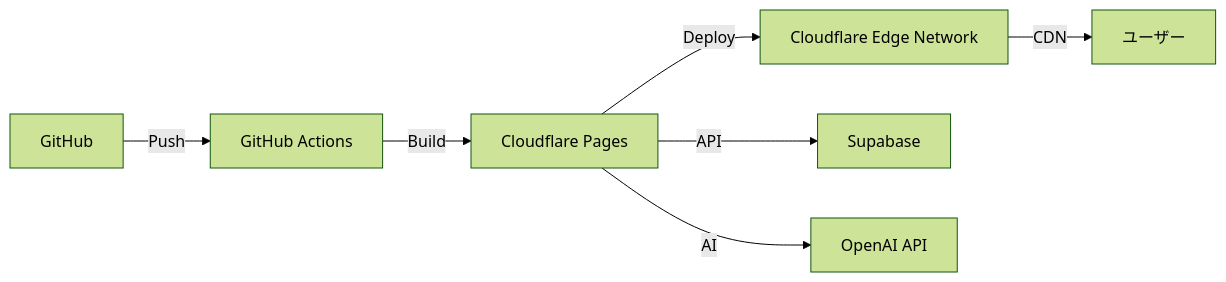
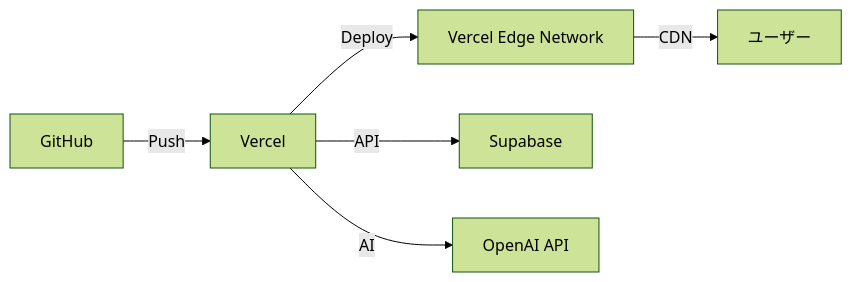
One commit to mshrynzw/auriary changed the third of 3 diagrams in docs/202_DetailedDesign/202_DetailedDesign_Architecture.md. Above: the diagram before and after it, drawn with Mermaid (forest theme). The commit also changed other lines of this file and 9 other files, not shown here.

````diff
--- a/docs/202_DetailedDesign/202_DetailedDesign_Architecture.md
+++ b/docs/202_DetailedDesign/202_DetailedDesign_Architecture.md
@@ -118,9 +123,8 @@
 ```mermaid
 graph LR
-    Git[GitHub] -->|Push| CI[GitHub Actions]
-    CI -->|Build| CF[Cloudflare Pages]
-    CF -->|Deploy| Edge[Cloudflare Edge Network]
+    Git[GitHub] -->|Push| Vercel[Vercel]
+    Vercel -->|Deploy| Edge[Vercel Edge Network]
     Edge -->|CDN| Users[ユーザー]
-    CF -->|API| Supabase[Supabase]
-    CF -->|AI| OpenAI[OpenAI API]
+    Vercel -->|API| Supabase[Supabase]
+    Vercel -->|AI| OpenAI[OpenAI API]
 ```
````
